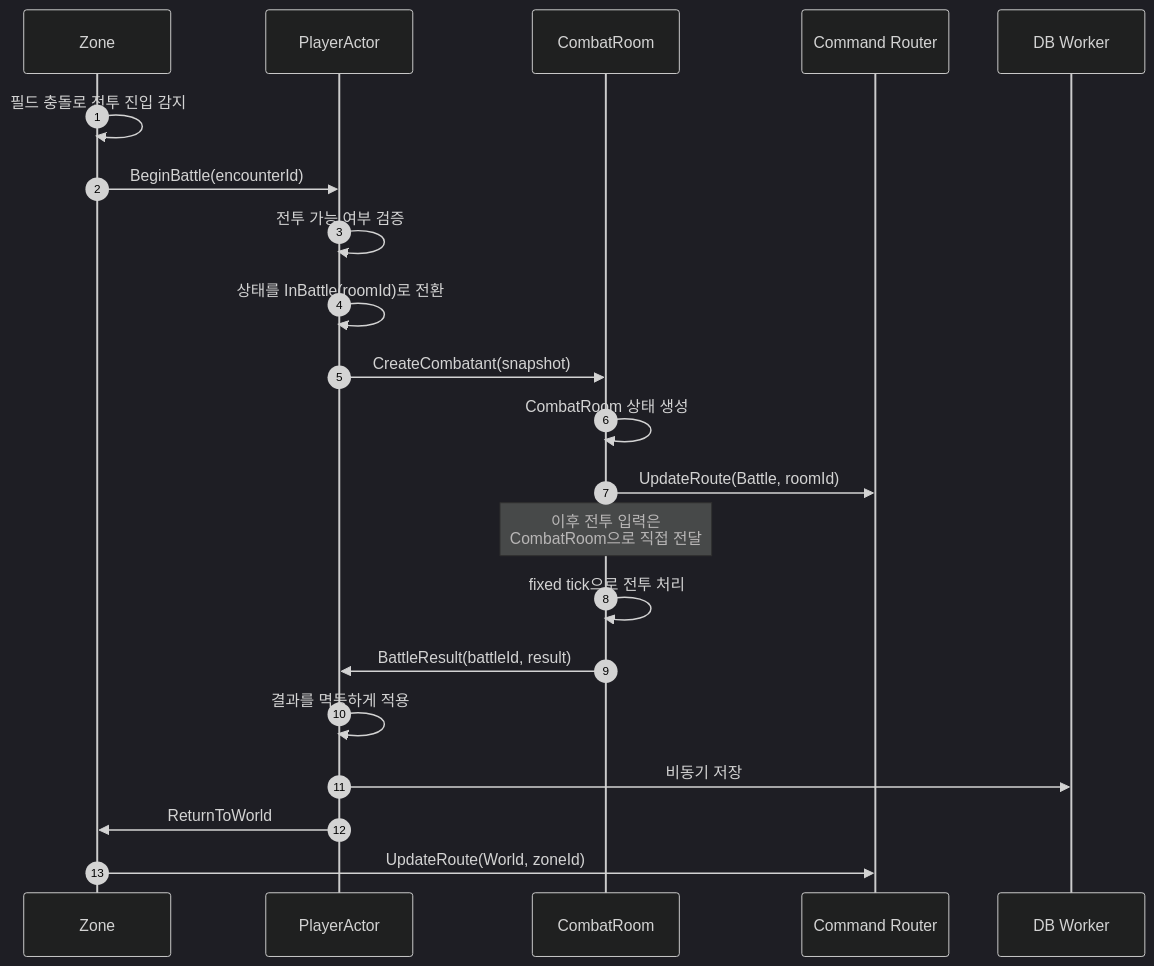
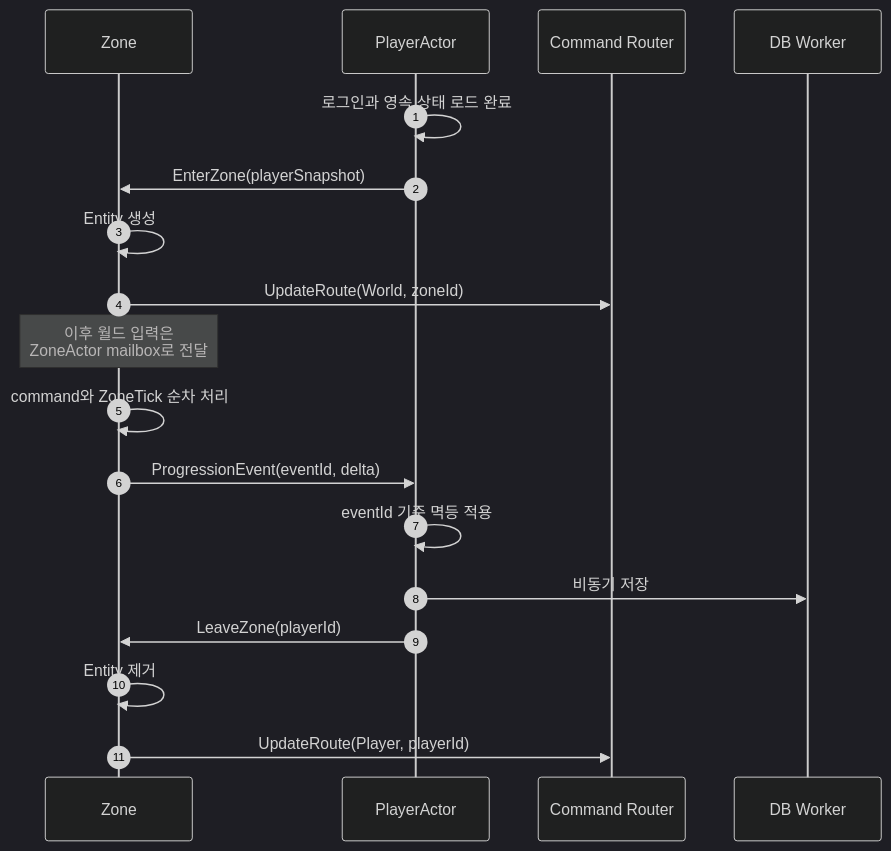
One commit to oak-cassia/SnF changed the third of 3 diagrams in docs/server-architecture-draft.md. Above: the diagram before and after it, drawn with Mermaid (dark theme). The commit also changed other lines of this file and 30 other files, not shown here.

````diff
--- a/docs/server-architecture-draft.md
+++ b/docs/server-architecture-draft.md
@@ -405,26 +452,24 @@
 ```mermaid
 sequenceDiagram
     autonumber
     participant W as Zone
     participant P as PlayerActor
-    participant B as CombatRoom
     participant R as Command Router
     participant D as DB Worker
 
-    W->>W: 필드 충돌로 전투 진입 감지
-    W->>P: BeginBattle(encounterId)
-    P->>P: 전투 가능 여부 검증
-    P->>P: 상태를 InBattle(roomId)로 전환
-    P->>B: CreateCombatant(snapshot)
-    B->>B: CombatRoom 상태 생성
-    B->>R: UpdateRoute(Battle, roomId)
+    P->>P: 로그인과 영속 상태 로드 완료
+    P->>W: EnterZone(playerSnapshot)
+    W->>W: Entity 생성
+    W->>R: UpdateRoute(World, zoneId)
 
-    Note over B: 이후 전투 입력은<br/>CombatRoom으로 직접 전달
+    Note over W: 이후 월드 입력은<br/>ZoneActor mailbox로 전달
 
-    B->>B: fixed tick으로 전투 처리
-    B->>P: BattleResult(battleId, result)
-    P->>P: 결과를 멱등하게 적용
+    W->>W: command와 ZoneTick 순차 처리
+    W->>P: ProgressionEvent(eventId, delta)
+    P->>P: eventId 기준 멱등 적용
     P->>D: 비동기 저장
-    P->>W: ReturnToWorld
-    W->>R: UpdateRoute(World, zoneId)
+
+    P->>W: LeaveZone(playerId)
+    W->>W: Entity 제거
+    W->>R: UpdateRoute(Player, playerId)
 ```
````
